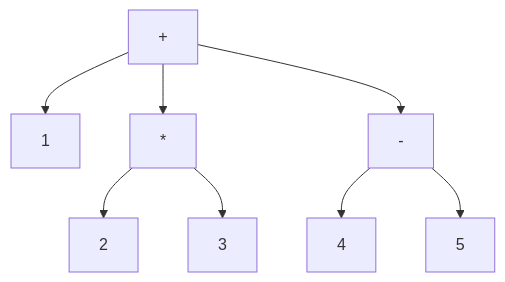
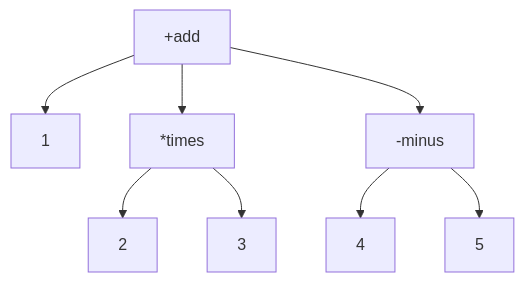
Before and after one commit to qchen-fdii-cardc/qchen-fdii-cardc.github.io: the second of 2 diagrams in content/posts/005-explore-lisp.md, drawn with Mermaid. The commit also changed other lines of this file, not shown here.

Commit message:
Update 005-explore-lisp.md
update two markdown/mermaid graph

````diff
--- a/content/posts/005-explore-lisp.md
+++ b/content/posts/005-explore-lisp.md
@@ -68,10 +68,10 @@
 ```mermaid
 graph TD
-    +[+] --> 1[1]
-    + --> *[*]
+    +[+add] --> 1[1]
+    + --> *[*times]
     * --> 2[2]
     * --> 3[3]
-    + --> -[-]
+    + --> -[-minus]
     - --> 4[4]
     - --> 5[5]
 ```
````
